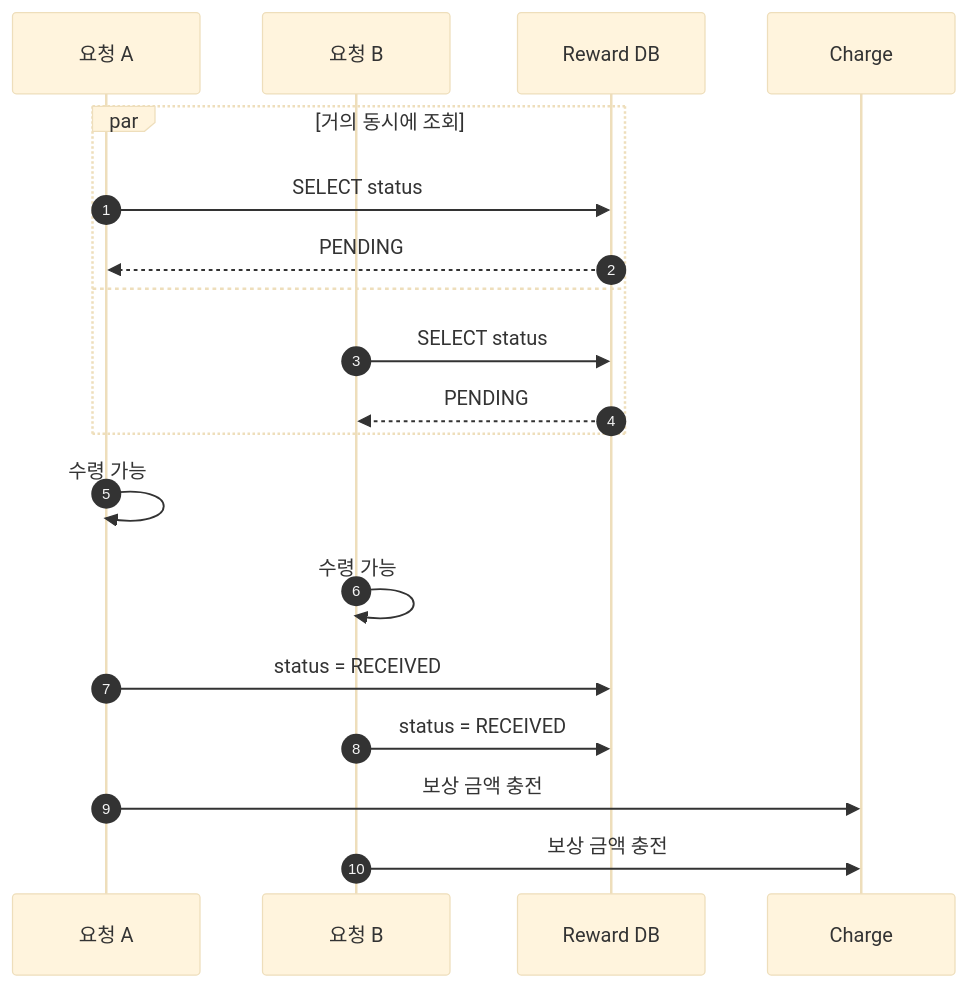
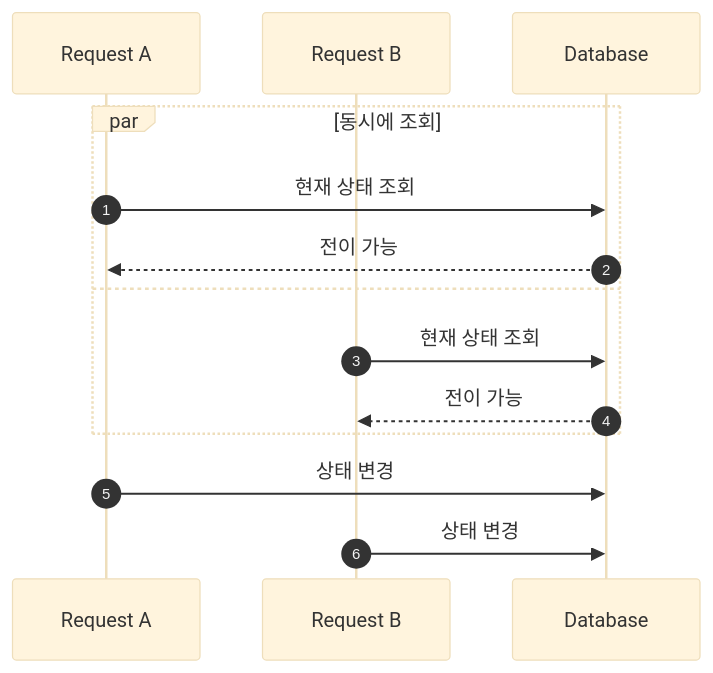
One commit to jiwon11/jiwon11.github.io changed the first of 4 diagrams in _posts/2026-02-04-reward-conditional-update-idempotency.md. Above: the diagram before and after it, drawn with Mermaid (base theme). The commit also changed other lines of this file and 4 other files, not shown here.

```diff
--- a/_posts/2026-02-04-reward-conditional-update-idempotency.md
+++ b/_posts/2026-02-04-reward-conditional-update-idempotency.md
@@ -87,23 +57,18 @@
 ~~~mermaid
 sequenceDiagram
     autonumber
-    participant A as 요청 A
-    participant B as 요청 B
-    participant DB as Reward DB
-    participant C as Charge
+    participant A as Request A
+    participant B as Request B
+    participant D as Database
 
-    par 거의 동시에 조회
-        A->>DB: SELECT status
-        DB-->>A: PENDING
+    par 동시에 조회
+        A->>D: 현재 상태 조회
+        D-->>A: 전이 가능
     and
-        B->>DB: SELECT status
-        DB-->>B: PENDING
+        B->>D: 현재 상태 조회
+        D-->>B: 전이 가능
     end
 
-    A->>A: 수령 가능
-    B->>B: 수령 가능
-    A->>DB: status = RECEIVED
-    B->>DB: status = RECEIVED
-    A->>C: 보상 금액 충전
-    B->>C: 보상 금액 충전
+    A->>D: 상태 변경
+    B->>D: 상태 변경
 ~~~
```
